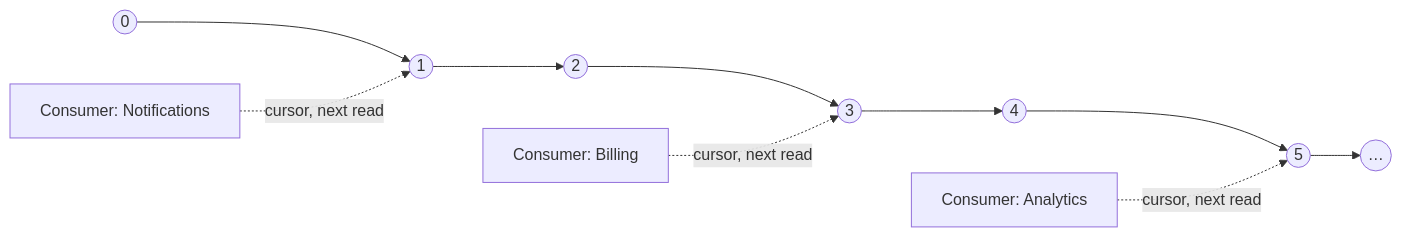
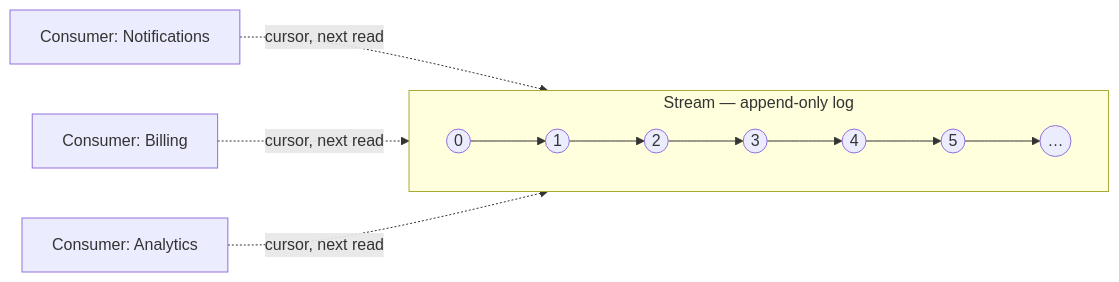
The second of 2 diagrams in docs/DESIGN.md (Clemkd/junction), drawn with Mermaid before and after one commit. The commit also changed other lines of this file, not shown here.

First line of the commit message:
Restore the Queue/Stream diagrams' labeled containers

````diff
--- a/docs/DESIGN.md
+++ b/docs/DESIGN.md
@@ -33,7 +40,10 @@
 ```mermaid
 flowchart LR
-    e0((0)) --> e1((1)) --> e2((2)) --> e3((3)) --> e4((4)) --> e5((5)) --> next(("…"))
+    subgraph S["Stream — append-only log"]
+        direction LR
+        e0((0)) --> e1((1)) --> e2((2)) --> e3((3)) --> e4((4)) --> e5((5)) --> next(("…"))
+    end
     Notifications[Consumer: Notifications] -. "cursor, next read" .-> e1
     Billing[Consumer: Billing] -. "cursor, next read" .-> e3
     Analytics[Consumer: Analytics] -. "cursor, next read" .-> e5
 ```
````
